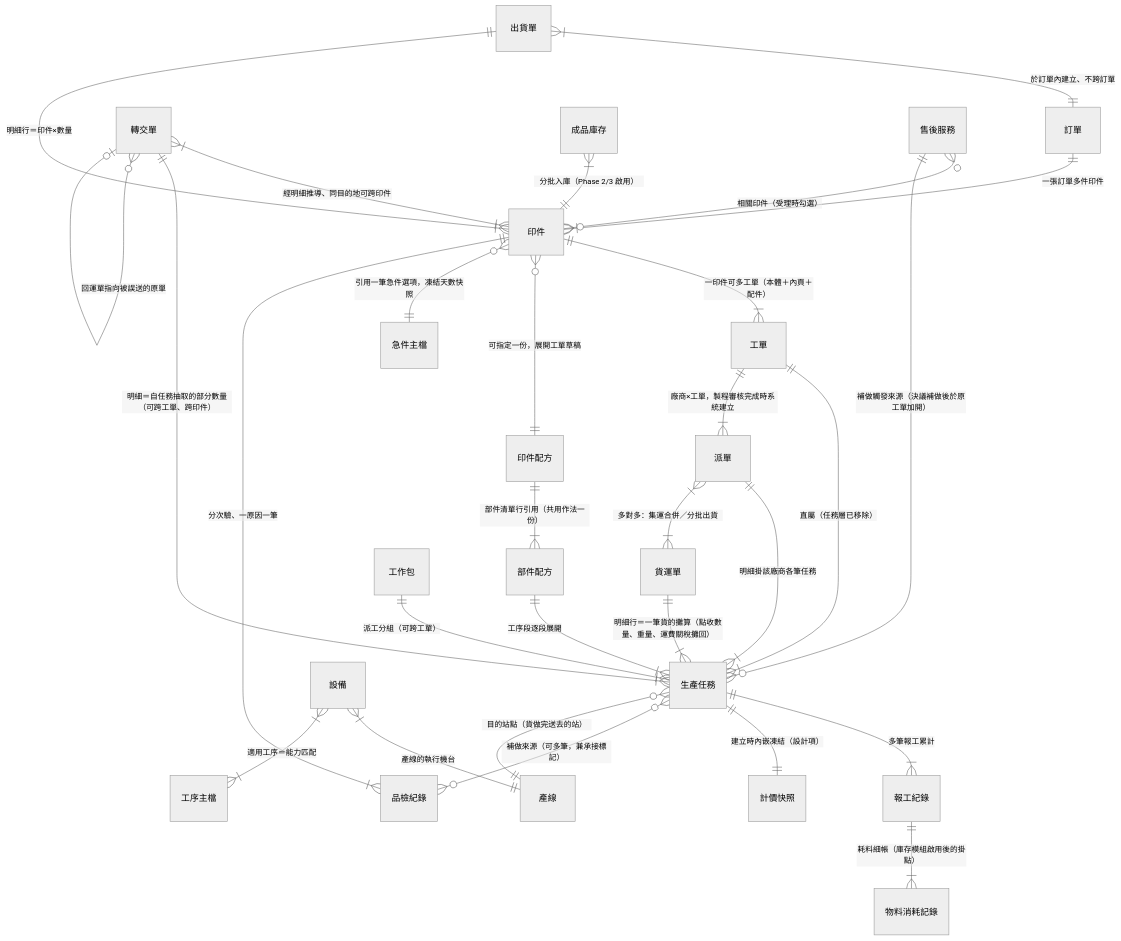
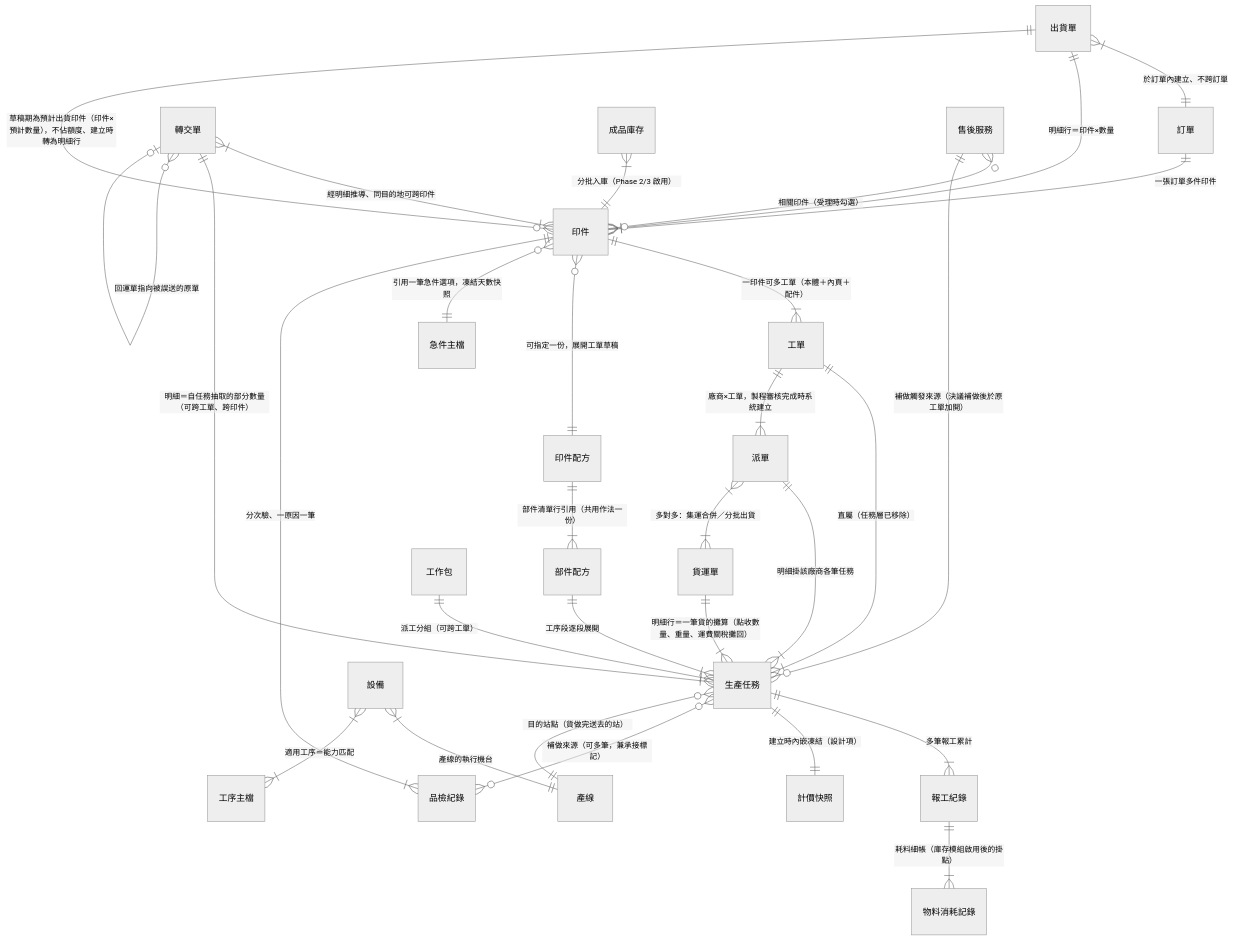
One commit to Kawato-Miles/erp-spec changed the first of 4 diagrams in memory/Sens_wiki/wiki/erp/05-entities/生產領域資料結構總覽.md. Above: the diagram before and after it, drawn with Mermaid (neutral theme). The commit also changed other lines of this file and 22 other files, not shown here.

````diff
--- a/memory/Sens_wiki/wiki/erp/05-entities/生產領域資料結構總覽.md
+++ b/memory/Sens_wiki/wiki/erp/05-entities/生產領域資料結構總覽.md
@@ -21,31 +21,32 @@
 ```mermaid
 erDiagram
     "訂單" ||--|{ "印件" : "一張訂單多件印件"
     "印件" ||--|{ "工單" : "一印件可多工單（本體＋內頁＋配件）"
     "印件" }o--|| "印件配方" : "可指定一份，展開工單草稿"
     "印件" }o--|| "急件主檔" : "引用一筆急件選項，凍結天數快照"
     "印件配方" ||--|{ "部件配方" : "部件清單行引用（共用作法一份）"
     "部件配方" ||--|{ "生產任務" : "工序段逐段展開"
     "工單" ||--|{ "生產任務" : "直屬（任務層已移除）"
     "生產任務" ||--|{ "報工紀錄" : "多筆報工累計"
     "報工紀錄" ||--|{ "物料消耗記錄" : "耗料細帳（庫存模組啟用後的掛點）"
     "生產任務" ||--|| "計價快照" : "建立時內嵌凍結（設計項）"
     "工單" ||--|{ "派單" : "廠商×工單，製程審核完成時系統建立"
     "派單" ||--|{ "生產任務" : "明細掛該廠商各筆任務"
     "派單" }|--|{ "貨運單" : "多對多：集運合併／分批出貨"
     "貨運單" ||--|{ "生產任務" : "明細行＝一筆貨的攤算（點收數量、重量、運費關稅攤回）"
     "轉交單" }|--|{ "印件" : "經明細推導、同目的地可跨印件"
     "轉交單" ||--|{ "生產任務" : "明細＝自任務抽取的部分數量（可跨工單、跨印件）"
     "轉交單" }o--o| "轉交單" : "回運單指向被誤送的原單"
     "品檢紀錄" }|--|| "印件" : "分次驗、一原因一筆"
     "生產任務" }o--o{ "品檢紀錄" : "補做來源（可多筆，兼承接標記）"
     "工作包" ||--|{ "生產任務" : "派工分組（可跨工單）"
     "設備" }|--|| "產線" : "產線的執行機台"
     "生產任務" }o--|| "產線" : "目的站點（貨做完送去的站）"
     "設備" }|--|{ "工序主檔" : "適用工序＝能力匹配"
     "出貨單" }|--|| "訂單" : "於訂單內建立、不跨訂單"
     "出貨單" ||--|{ "印件" : "明細行＝印件×數量"
+    "出貨單" ||--o{ "印件" : "草稿期為預計出貨印件（印件×預計數量），不佔額度、建立時轉為明細行"
     "成品庫存" }|--|| "印件" : "分批入庫（Phase 2/3 啟用）"
     "售後服務" }o--o{ "印件" : "相關印件（受理時勾選）"
     "售後服務" ||--o{ "生產任務" : "補做觸發來源（決議補做後於原工單加開）"
 ```
````
